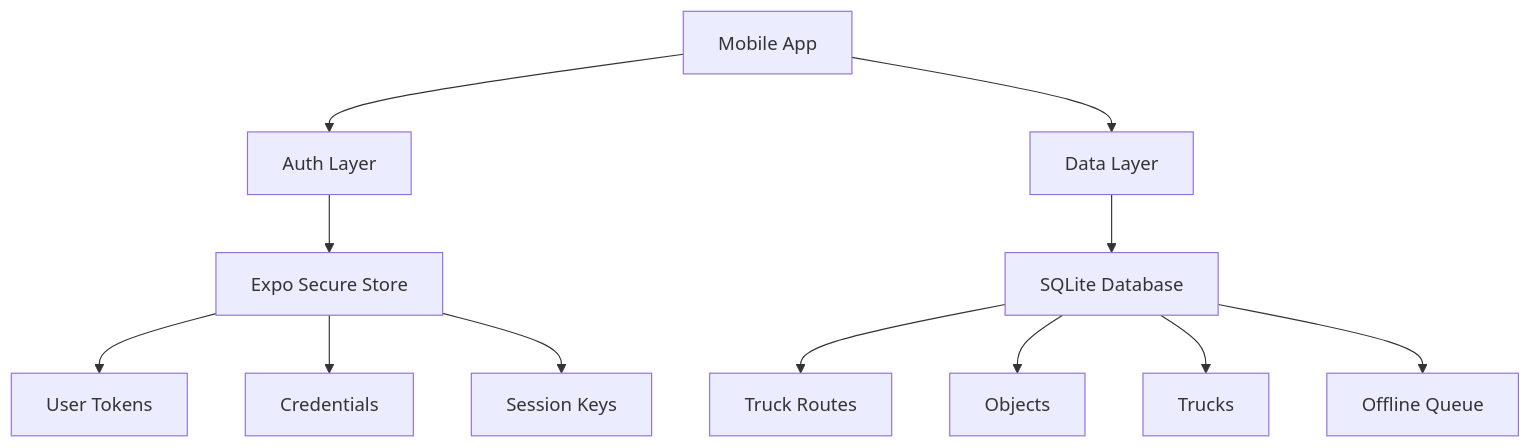
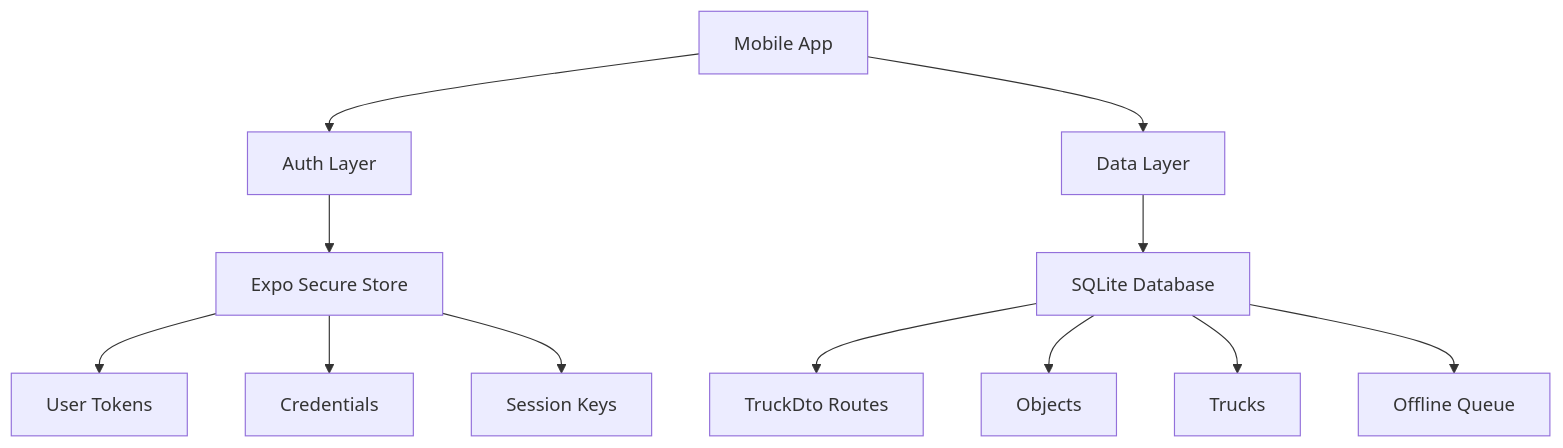
Before and after one commit to kasparsbatrags/degra: the first of 2 diagrams in native/freight/docs/APP_OVERVIEW.md, drawn with Mermaid. The commit also changed other lines of this file and 36 other files, not shown here.

````diff
--- a/native/freight/docs/APP_OVERVIEW.md
+++ b/native/freight/docs/APP_OVERVIEW.md
@@ -19,16 +19,16 @@
 ```mermaid
 graph TD
     A[Mobile App] --> B[Auth Layer]
     A --> C[Data Layer]
     
     B --> D[Expo Secure Store]
     D --> E[User Tokens]
     D --> F[Credentials]
     D --> G[Session Keys]
     
     C --> H[SQLite Database]
-    H --> I[Truck Routes]
+    H --> I[TruckDto Routes]
     H --> J[Objects]
     H --> K[Trucks]
     H --> L[Offline Queue]
 ```
````
